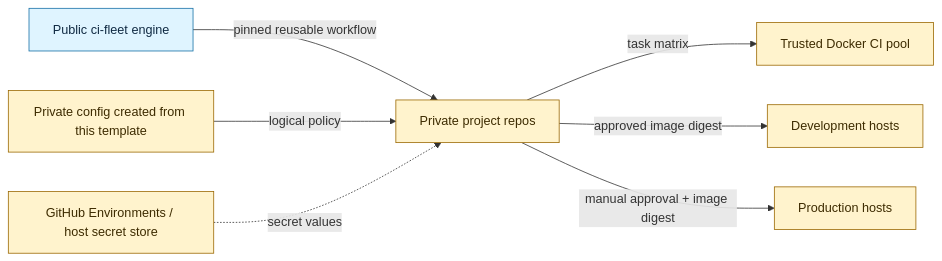
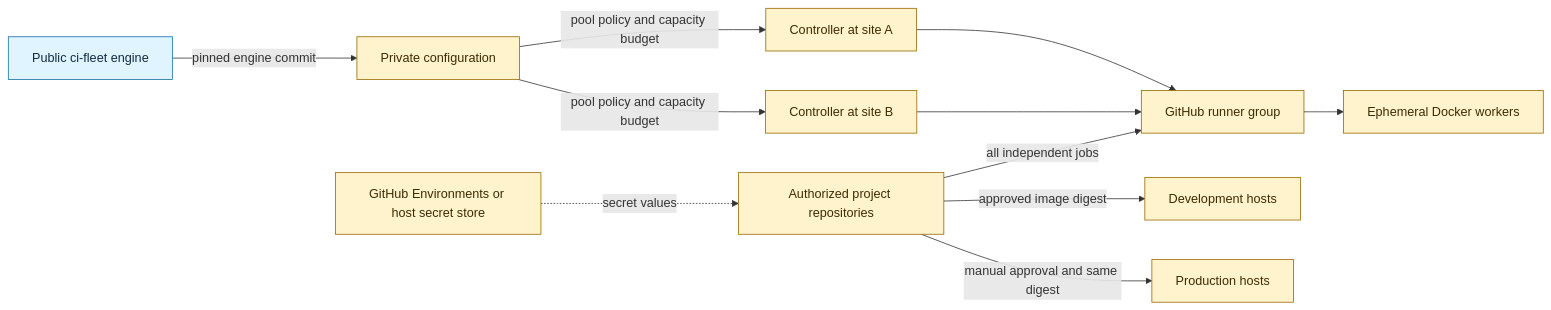
One commit to RandomDevelopment/ci-fleet-config-template changed the first of 2 diagrams in README.md. Above: the diagram before and after it, drawn with Mermaid. The commit also changed other lines of this file, not shown here.

````diff
--- a/README.md
+++ b/README.md
@@ -7,14 +7,18 @@
 ```mermaid
 flowchart LR
-  E[Public ci-fleet engine] -->|pinned reusable workflow| P[Private project repos]
-  C[Private config created from this template] -->|logical policy| P
-  P -->|task matrix| R[Trusted Docker CI pool]
+  E[Public ci-fleet engine] -->|pinned engine commit| C[Private configuration]
+  C -->|pool policy and capacity budget| A[Controller at site A]
+  C -->|pool policy and capacity budget| B[Controller at site B]
+  P[Authorized project repositories] -->|all independent jobs| G[GitHub runner group]
+  A --> G
+  B --> G
+  G --> R[Ephemeral Docker workers]
   P -->|approved image digest| D[Development hosts]
-  P -->|manual approval + image digest| X[Production hosts]
-  S[GitHub Environments / host secret store] -. secret values .-> P
+  P -->|manual approval and same digest| X[Production hosts]
+  S[GitHub Environments or host secret store] -. secret values .-> P
 
   classDef public fill:#dff4ff,stroke:#1570a6,color:#102a43
   classDef private fill:#fff3cd,stroke:#9a6700,color:#3d2b00
   class E public
-  class C,P,R,D,X,S private
+  class C,A,B,P,G,R,D,X,S private
 ```
````
